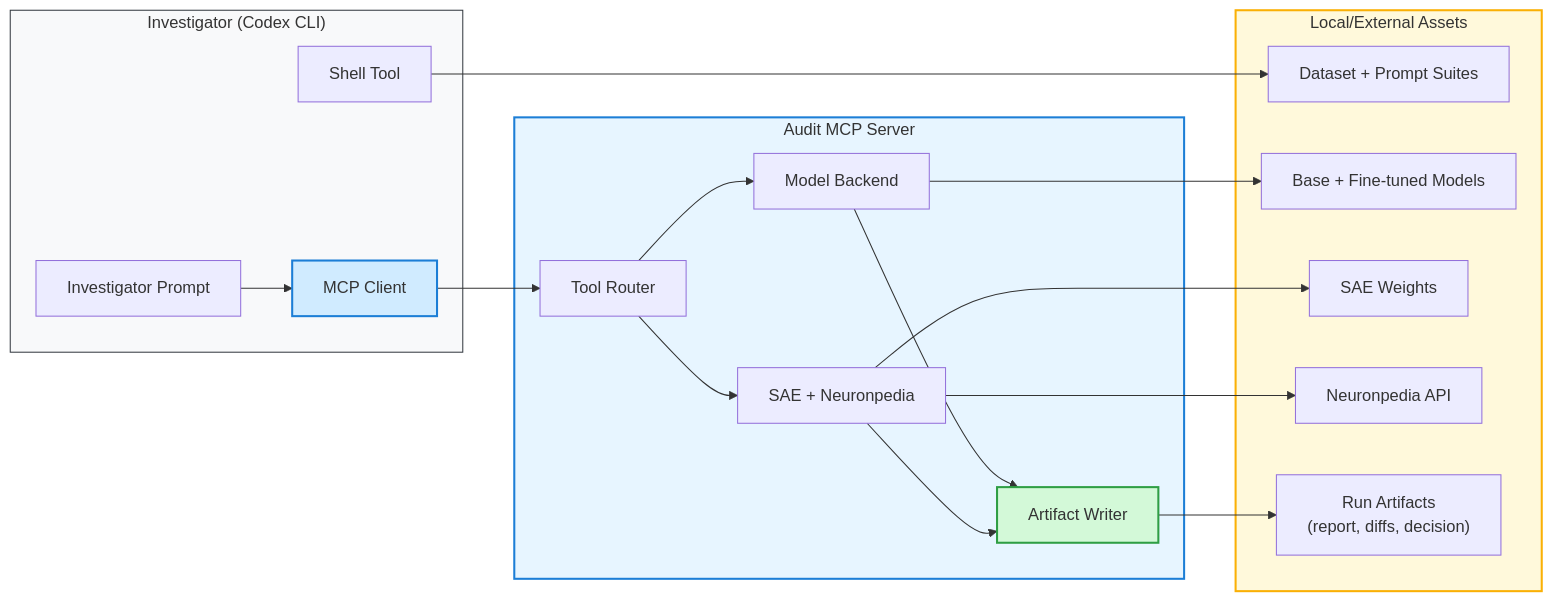
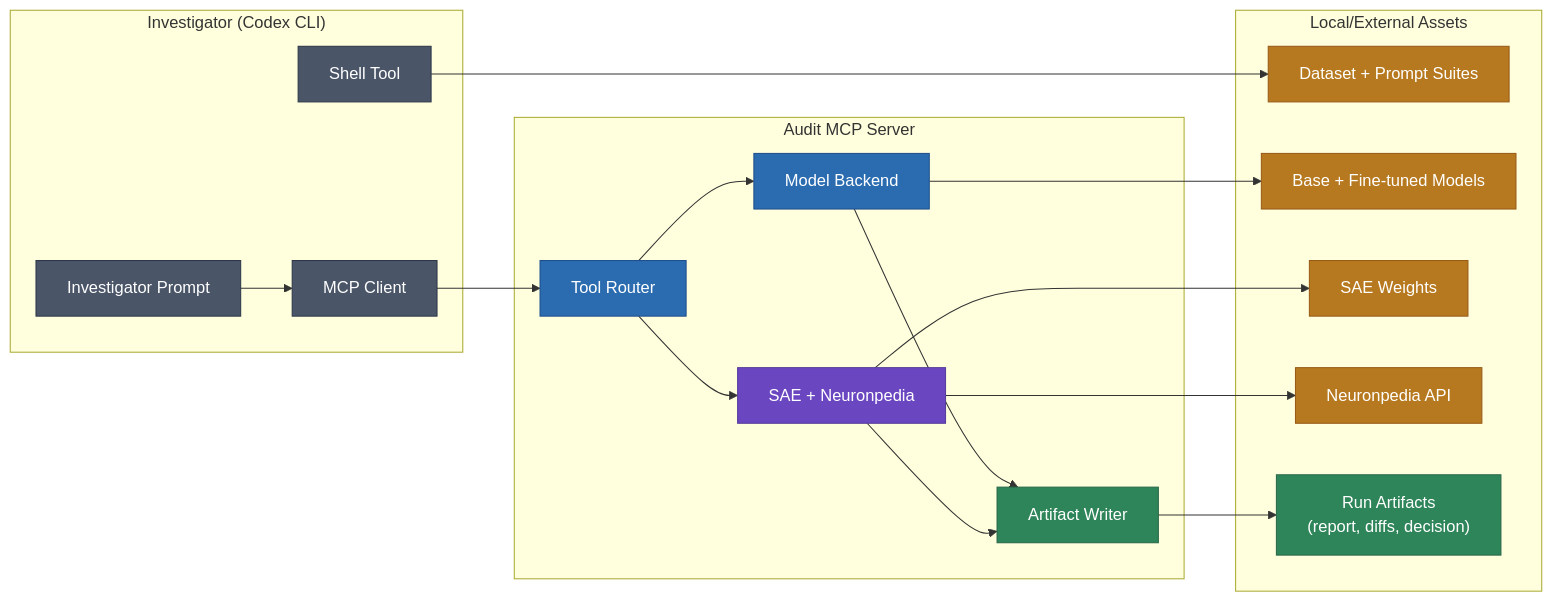
The third of 3 diagrams in README.md (hananather/codex_mcp_finetune_auditor), drawn with Mermaid before and after one commit. The commit also changed other lines of this file, not shown here.

Commit message:
docs: adjust mermaid colors for dark/light

````diff
--- a/README.md
+++ b/README.md
@@ -118,37 +128,50 @@
 ```mermaid
 flowchart LR
     subgraph Agent["Investigator (Codex CLI)"]
         A[Investigator Prompt]
         B[Shell Tool]
         C[MCP Client]
     end
 
     subgraph MCP["Audit MCP Server"]
         D[Tool Router]
         E[Model Backend]
         F[SAE + Neuronpedia]
         G[Artifact Writer]
     end
 
     subgraph Assets["Local/External Assets"]
         H[Dataset + Prompt Suites]
         I[Base + Fine-tuned Models]
         J[SAE Weights]
         K[Neuronpedia API]
         L["Run Artifacts\n(report, diffs, decision)"]
     end
 
     A --> C --> D
     B --> H
     D --> E --> I
     D --> F --> J
     F --> K
     E --> G --> L
     F --> G
 
-    style Agent fill:#F8F9FA,stroke:#343A40,stroke-width:1px
-    style MCP fill:#E7F5FF,stroke:#1C7ED6,stroke-width:2px
-    style Assets fill:#FFF9DB,stroke:#FAB005,stroke-width:2px
-    style C fill:#D0EBFF,stroke:#1C7ED6,stroke-width:2px
-    style G fill:#D3F9D8,stroke:#2F9E44,stroke-width:2px
+    classDef primary fill:#2B6CB0,stroke:#1E4E8C,color:#FFFFFF
+    classDef accent fill:#6B46C1,stroke:#553C9A,color:#FFFFFF
+    classDef success fill:#2F855A,stroke:#276749,color:#FFFFFF
+    classDef warn fill:#B7791F,stroke:#975A16,color:#FFFFFF
+    classDef neutral fill:#4A5568,stroke:#2D3748,color:#FFFFFF
+
+    class A neutral
+    class B neutral
+    class C neutral
+    class D primary
+    class E primary
+    class F accent
+    class G success
+    class H warn
+    class I warn
+    class J warn
+    class K warn
+    class L success
 ```
````
